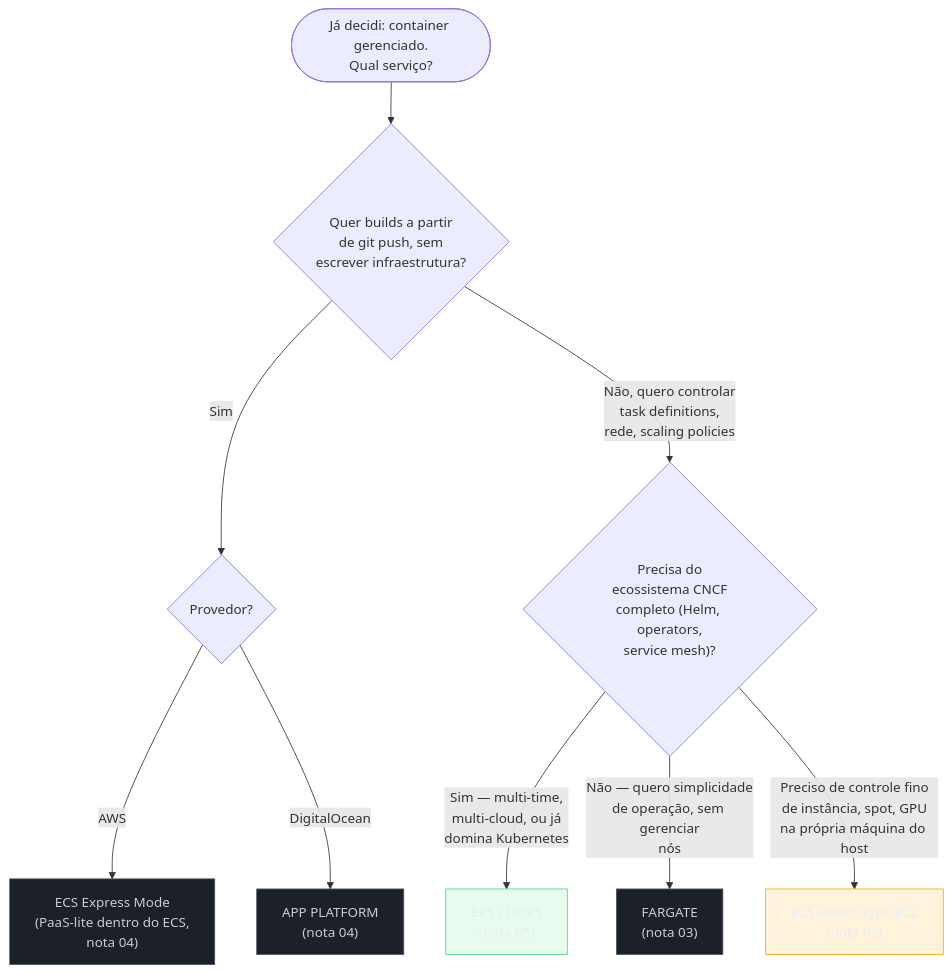
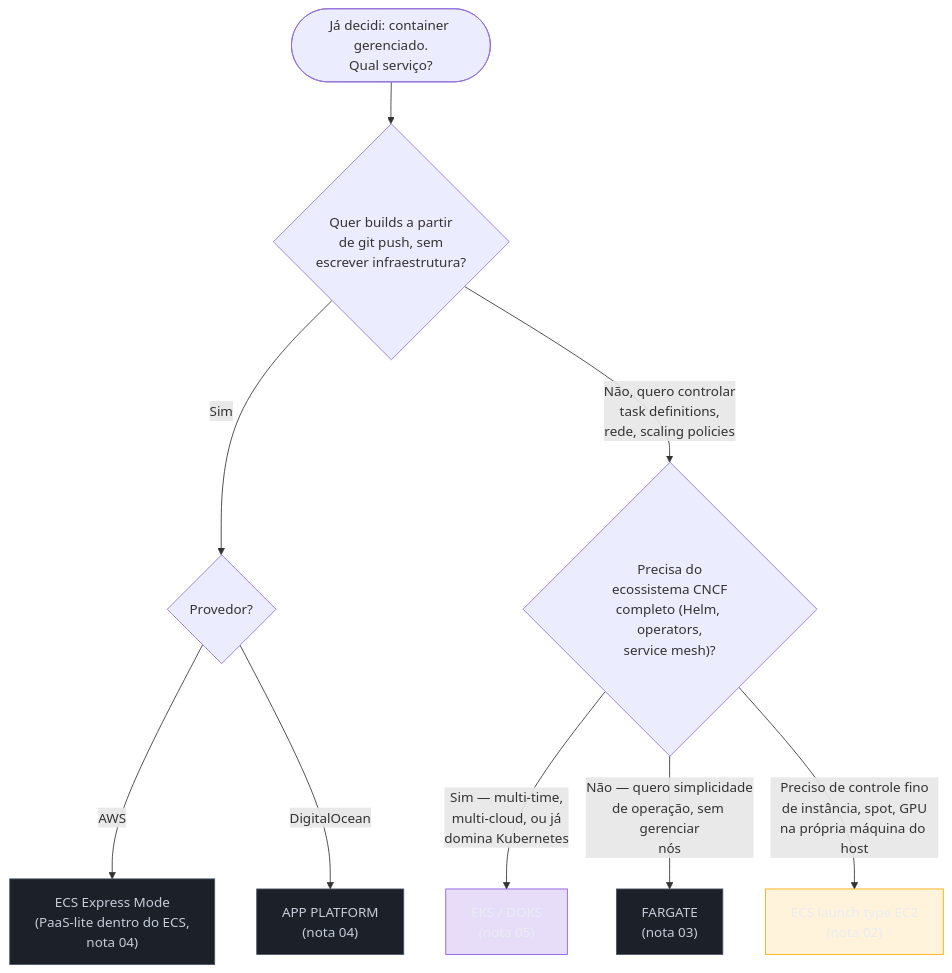
One commit to josenaldo/codex-technomanticus changed the second of 3 diagrams in 03-Dominios/Tecnologia/Cloud/12 - Containers gerenciados/06 - Container vs VM vs serverless (capstone).md. Above: the diagram before and after it, drawn with Mermaid. The commit also changed other lines of this file and 601 other files, not shown here.

````diff
--- a/03-Dominios/Tecnologia/Cloud/12 - Containers gerenciados/06 - Container vs VM vs serverless (capstone).md
+++ b/03-Dominios/Tecnologia/Cloud/12 - Containers gerenciados/06 - Container vs VM vs serverless (capstone).md
@@ -85,26 +85,26 @@
 ```mermaid
 flowchart TD
+    classDef marca fill:#8855DF33,stroke:#8855DF,color:#E9ECF2
     classDef neutro fill:#1B2029,stroke:#4E5666,color:#C6CCD8
-    classDef ok fill:#4ADE8021,stroke:#4ADE80,color:#E9ECF2
     classDef destaque fill:#FFAA0024,stroke:#FFAA00,color:#E9ECF2
     Start(["Já decidi: container gerenciado.<br/>Qual serviço?"])
 
     Q1{"Quer builds a partir<br/>de git push, sem<br/>escrever infraestrutura?"}
     Start --> Q1
 
     Q1 -->|"Sim"| Q2{"Provedor?"}
     Q1 -->|"Não, quero controlar<br/>task definitions,<br/>rede, scaling policies"| Q3{"Precisa do<br/>ecossistema CNCF<br/>completo (Helm, operators,<br/>service mesh)?"}
 
     Q2 -->|"AWS"| AppRunner["ECS Express Mode<br/>(PaaS-lite dentro do ECS,<br/>nota 04)"]
     Q2 -->|"DigitalOcean"| AppPlat["APP PLATFORM<br/>(nota 04)"]
 
     Q3 -->|"Sim — multi-time,<br/>multi-cloud, ou já<br/>domina Kubernetes"| K8s["EKS / DOKS<br/>(nota 05)"]
     Q3 -->|"Não — quero simplicidade<br/>de operação, sem gerenciar<br/>nós"| Fargate["FARGATE<br/>(nota 03)"]
     Q3 -->|"Preciso de controle fino<br/>de instância, spot, GPU<br/>na própria máquina do host"| ECS["ECS launch type EC2<br/>(nota 02)"]
 
     class AppRunner neutro
     class AppPlat neutro
-    class K8s ok
+    class K8s marca
     class Fargate neutro
     class ECS destaque
 ```
````
